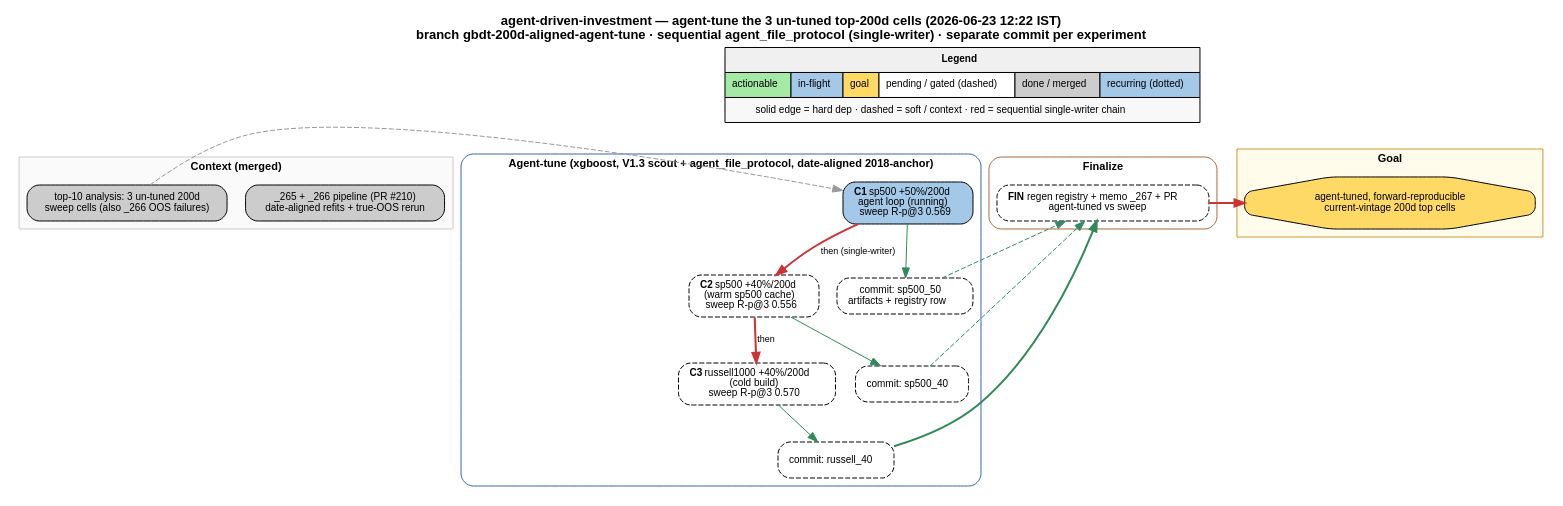
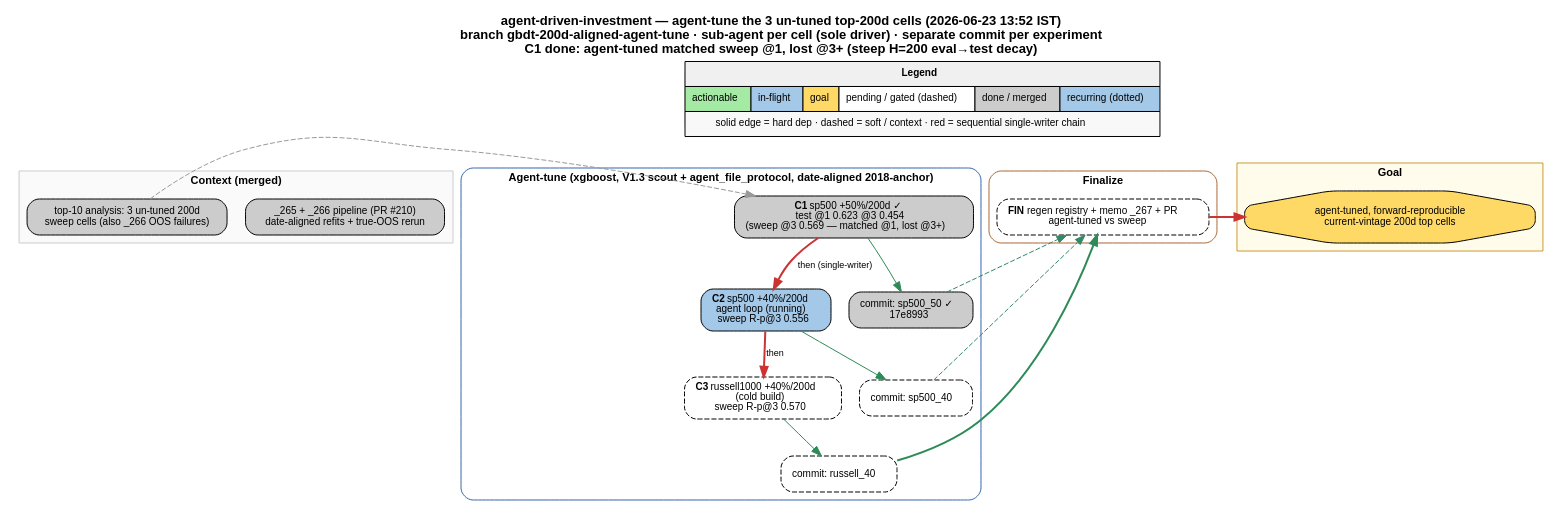
One commit to shayanrc/agent-driven-investment changed the diagram in docs/task_dependencies.dot. Above: the diagram before and after it, drawn with Graphviz. The commit also changed 2 other files, not shown here.

Commit message:
chore(graph): C1 done (matched sweep @1, lost @3+); C2 in-flight via sub-agent

```diff
--- a/docs/task_dependencies.dot
+++ b/docs/task_dependencies.dot
@@ -1,87 +1,87 @@
 digraph tasks {
   rankdir=TB;
   fontname="Helvetica";
   bgcolor="white";
   node [fontname="Helvetica", fontsize=10, shape=box, style="rounded,filled", margin="0.15,0.08"];
   edge [fontname="Helvetica", fontsize=9];
-  graph [labelloc="t", label="agent-driven-investment — agent-tune the 3 un-tuned top-200d cells (2026-06-23 12:22 IST)\nbranch gbdt-200d-aligned-agent-tune · sequential agent_file_protocol (single-writer) · separate commit per experiment", fontsize=13, fontname="Helvetica-Bold"];
+  graph [labelloc="t", label="agent-driven-investment — agent-tune the 3 un-tuned top-200d cells (2026-06-23 13:52 IST)\nbranch gbdt-200d-aligned-agent-tune · sub-agent per cell (sole driver) · separate commit per experiment\nC1 done: agent-tuned matched sweep @1, lost @3+ (steep H=200 eval→test decay)", fontsize=13, fontname="Helvetica-Bold"];
 
   // Legend in isolated top rank
   {
     rank=source;
     legend [shape=none, margin=0, label=<
       <TABLE BORDER="0" CELLBORDER="1" CELLSPACING="0" CELLPADDING="6">
         <TR><TD COLSPAN="6" BGCOLOR="#f0f0f0"><B>Legend</B></TD></TR>
         <TR>
           <TD BGCOLOR="#a4e9a4">actionable</TD>
           <TD BGCOLOR="#a3c8e8">in-flight</TD>
           <TD BGCOLOR="#ffd966">goal</TD>
           <TD BGCOLOR="#ffffff">pending / gated (dashed)</TD>
           <TD BGCOLOR="#cccccc">done / merged</TD>
           <TD BGCOLOR="#a3c8e8">recurring (dotted)</TD>
         </TR>
         <TR><TD COLSPAN="6" BGCOLOR="#f8f8f8">solid edge = hard dep · dashed = soft / context · red = sequential single-writer chain</TD></TR>
       </TABLE>
     >];
   }
 
   // Context — merged
   subgraph cluster_done {
     label = "Context (merged)";
     style = "filled"; fillcolor = "#fafafa"; color = "#cccccc";
     fontname = "Helvetica-Bold"; fontsize = 11;
     prior [label="_265 + _266 pipeline (PR #210)\ndate-aligned refits + true-OOS rerun", fillcolor="#cccccc"];
     ident [label="top-10 analysis: 3 un-tuned 200d\nsweep cells (also _266 OOS failures)", fillcolor="#cccccc"];
   }
 
   // Phase — agent-tune
   subgraph cluster_tune {
     label = "Agent-tune (xgboost, V1.3 scout + agent_file_protocol, date-aligned 2018-anchor)";
     style = "rounded"; color = "#3366aa"; fontname = "Helvetica-Bold"; fontsize = 11;
-    C1 [label=<<B>C1</B> sp500 +50%/200d<BR/>agent loop (running)<BR/>sweep R-p@3 0.569>, fillcolor="#a3c8e8"];
-    C2 [label=<<B>C2</B> sp500 +40%/200d<BR/>(warm sp500 cache)<BR/>sweep R-p@3 0.556>, fillcolor="#ffffff", style="rounded,filled,dashed"];
+    C1 [label=<<B>C1</B> sp500 +50%/200d ✓<BR/>test @1 0.623 @3 0.454<BR/>(sweep @3 0.569 — matched @1, lost @3+)>, fillcolor="#cccccc"];
+    C2 [label=<<B>C2</B> sp500 +40%/200d<BR/>agent loop (running)<BR/>sweep R-p@3 0.556>, fillcolor="#a3c8e8"];
     C3 [label=<<B>C3</B> russell1000 +40%/200d<BR/>(cold build)<BR/>sweep R-p@3 0.570>, fillcolor="#ffffff", style="rounded,filled,dashed"];
-    K1 [label=<commit: sp500_50<BR/>artifacts + registry row>, fillcolor="#ffffff", style="rounded,filled,dashed"];
+    K1 [label=<commit: sp500_50 ✓<BR/>17e8993>, fillcolor="#cccccc"];
     K2 [label=<commit: sp500_40>, fillcolor="#ffffff", style="rounded,filled,dashed"];
     K3 [label=<commit: russell_40>, fillcolor="#ffffff", style="rounded,filled,dashed"];
   }
 
   // Finalize
   subgraph cluster_fin {
     label = "Finalize";
     style = "rounded"; color = "#aa6633"; fontname = "Helvetica-Bold"; fontsize = 11;
     FIN [label=<<B>FIN</B> regen registry + memo _267 + PR<BR/>agent-tuned vs sweep>, fillcolor="#ffffff", style="rounded,filled,dashed"];
   }
 
   // Goal
   subgraph cluster_goal {
     label = "Goal"; style = "filled"; fillcolor = "#fffcec"; color = "#cc9933";
     fontname = "Helvetica-Bold"; fontsize = 11;
     G [label="agent-tuned, forward-reproducible\ncurrent-vintage 200d top cells", fillcolor="#ffd966", shape=octagon];
   }
 
   // Legend centering anchors
   legend -> prior [style="invis", weight=100];
   legend -> C1 [style="invis", weight=100];
   legend -> FIN [style="invis", weight=100];
   legend -> G  [style="invis", weight=100];
 
   // context -> start
   ident -> C1 [style="dashed", color="#999999"];
 
   // sequential single-writer chain (red)
   C1 -> C2 [color="#cc3333", penwidth=2, label="then (single-writer)"];
   C2 -> C3 [color="#cc3333", penwidth=2, label="then"];
 
   // each cell -> its own commit
   C1 -> K1 [color="#2e8b57"];
   C2 -> K2 [color="#2e8b57"];
   C3 -> K3 [color="#2e8b57"];
 
   // commits -> finalize
   K1 -> FIN [style="dashed", color="#338866"];
   K2 -> FIN [style="dashed", color="#338866"];
   K3 -> FIN [color="#2e8b57", penwidth=2];
 
   FIN -> G [color="#cc3333", penwidth=2];
 }
```
